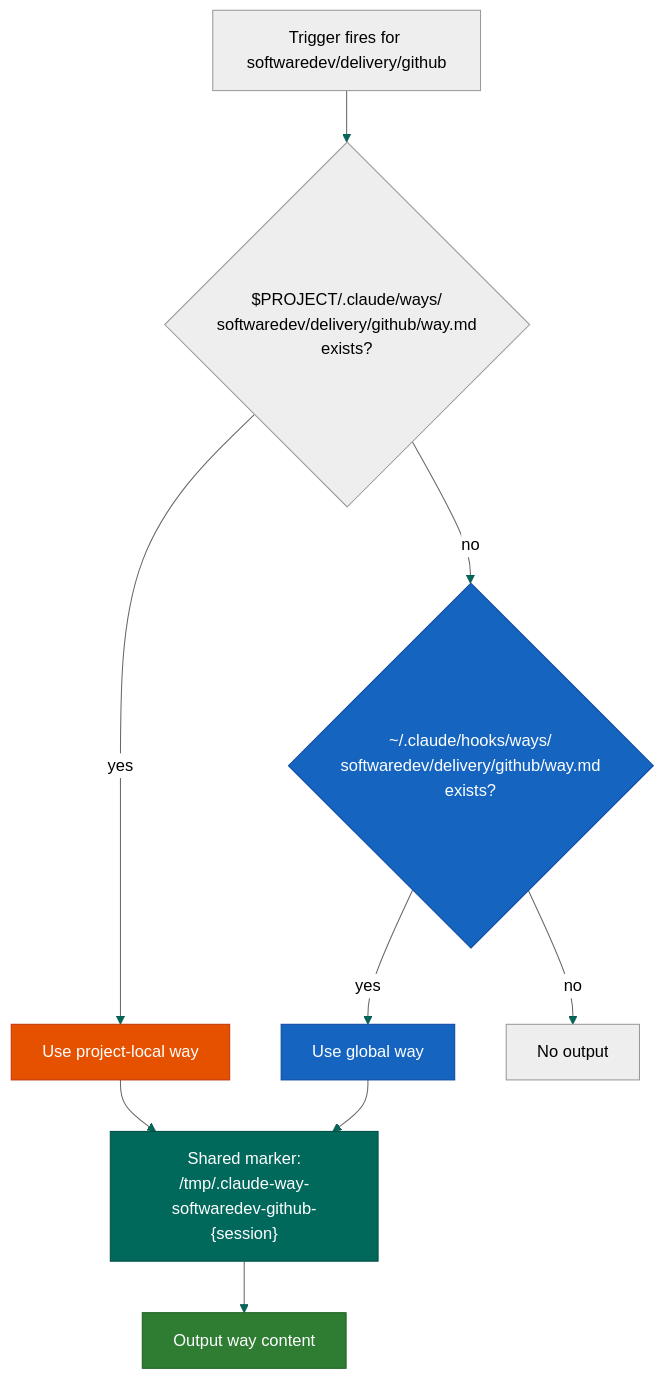
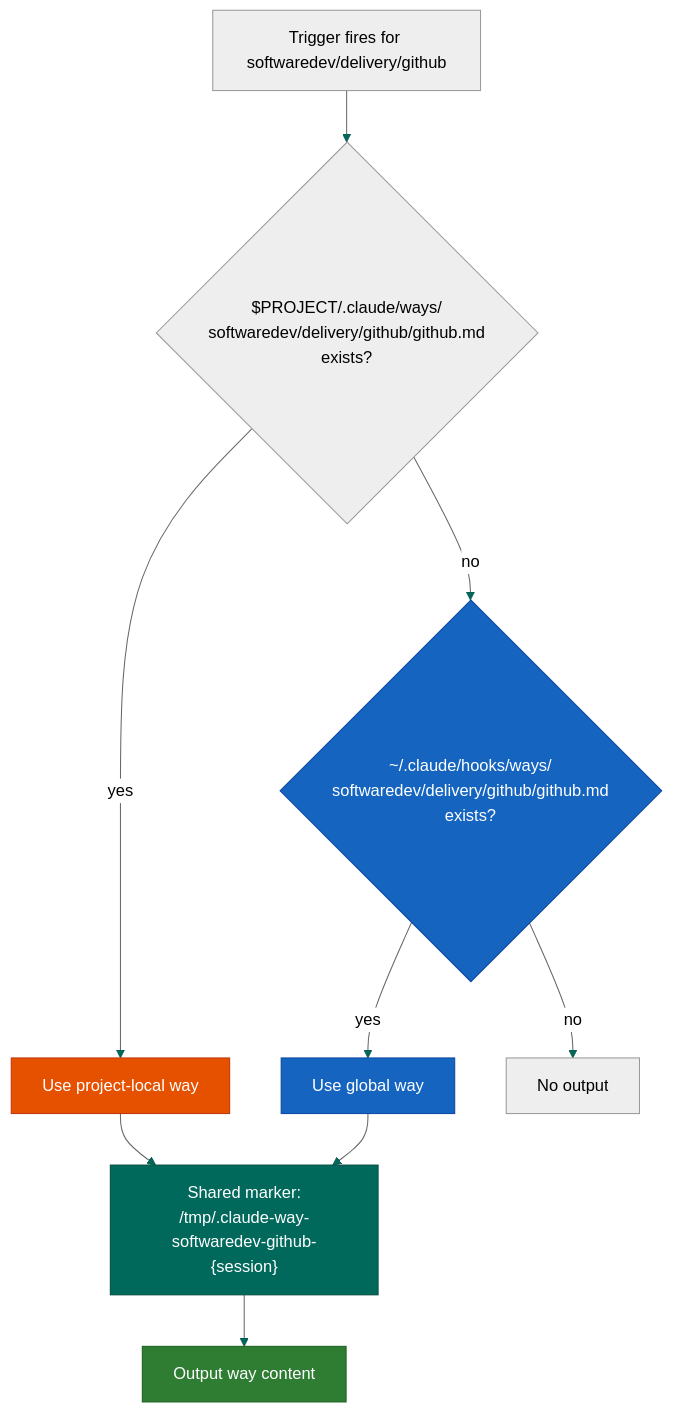
The sixth of 6 diagrams in docs/hooks-and-ways.md (ctracey/claude-code-config), drawn with Mermaid (neutral theme) before and after one commit. The commit also changed other lines of this file and 39 other files, not shown here.

First line of the commit message:
docs(ways): update all references from way.md to {name}.md (ADR-110 iter 2)

````diff
--- a/docs/hooks-and-ways.md
+++ b/docs/hooks-and-ways.md
@@ -421,19 +421,19 @@
 ```mermaid
 flowchart TD
     classDef project fill:#E65100,stroke:#BF360C,color:#fff
     classDef global fill:#1565C0,stroke:#0D47A1,color:#fff
     classDef marker fill:#00695C,stroke:#004D40,color:#fff
     classDef result fill:#2E7D32,stroke:#1B5E20,color:#fff
 
     T["Trigger fires for softwaredev/delivery/github"] --> PL
 
-    PL{"$PROJECT/.claude/ways/<br/>softwaredev/delivery/github/way.md<br/>exists?"}
+    PL{"$PROJECT/.claude/ways/<br/>softwaredev/delivery/github/github.md<br/>exists?"}
     PL -->|yes| USE_P["Use project-local way"]:::project
-    PL -->|no| GL{"~/.claude/hooks/ways/<br/>softwaredev/delivery/github/way.md<br/>exists?"}:::global
+    PL -->|no| GL{"~/.claude/hooks/ways/<br/>softwaredev/delivery/github/github.md<br/>exists?"}:::global
     GL -->|yes| USE_G["Use global way"]:::global
     GL -->|no| SKIP["No output"]
 
     USE_P --> MK["Shared marker:<br/>/tmp/.claude-way-softwaredev-github-{session}"]:::marker
     USE_G --> MK
     MK --> OUT["Output way content"]:::result
 ```
````
